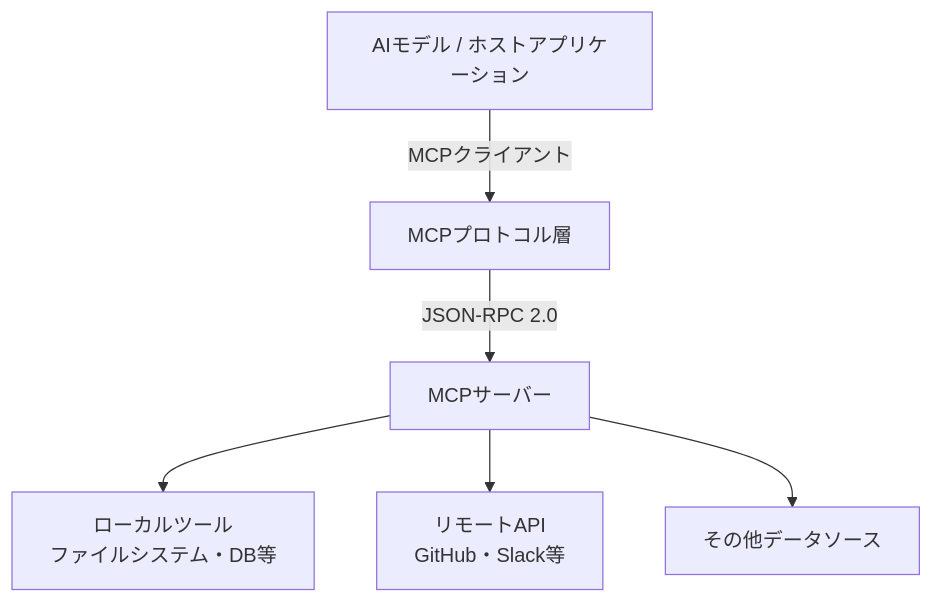
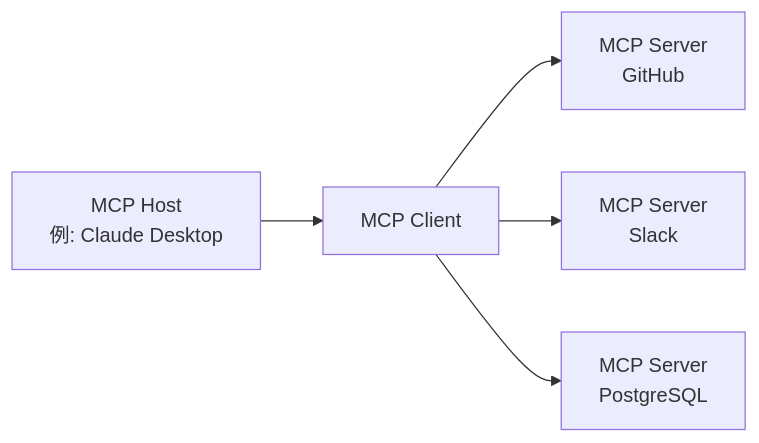
One commit to no-problem-dev/rick-brick-content changed the diagram in articles/2026-03-18-mcp-standardization-agent-protocol.md. Above: the diagram before and after it, drawn with Mermaid. The commit also changed other lines of this file and 14 other files, not shown here.

````diff
--- a/articles/2026-03-18-mcp-standardization-agent-protocol.md
+++ b/articles/2026-03-18-mcp-standardization-agent-protocol.md
@@ -42,8 +57,7 @@
 ```mermaid
-graph TD
-    A[AIモデル / ホストアプリケーション] -->|MCPクライアント| B[MCPプロトコル層]
-    B -->|JSON-RPC 2.0| C[MCPサーバー]
-    C --> D[ローカルツール\nファイルシステム・DB等]
-    C --> E[リモートAPI\nGitHub・Slack等]
-    C --> F[その他データソース]
+graph LR
+    A[MCP Host<br/>例: Claude Desktop] --> B[MCP Client]
+    B --> C[MCP Server<br/>GitHub]
+    B --> D[MCP Server<br/>Slack]
+    B --> E[MCP Server<br/>PostgreSQL]
 ```
````
